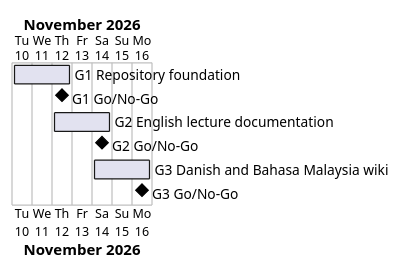
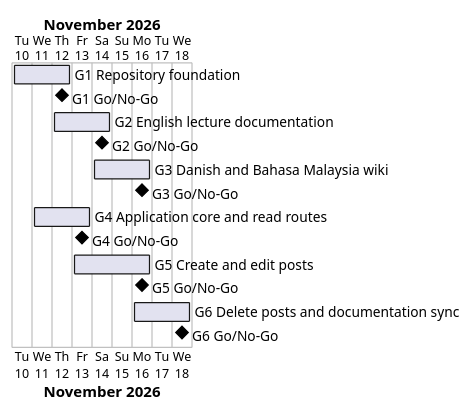
One commit to Tirsvad-Udemy-100-days-of-code/067-blog-capstone-part-3 changed the diagram in docs/project-plan.md. Above: the diagram before and after it, drawn with PlantUML. The commit also changed other lines of this file and 7 other files, not shown here.

````diff
--- a/docs/project-plan.md
+++ b/docs/project-plan.md
@@ -38,11 +41,17 @@
 ```plantuml
 @startgantt
 Project starts 2026-11-10
 [G1 Repository foundation] starts 2026-11-10 and ends 2026-11-12
 [G1 Go/No-Go] happens 2026-11-12
 [G2 English lecture documentation] starts 2026-11-12 and ends 2026-11-14
 [G2 Go/No-Go] happens 2026-11-14
 [G3 Danish and Bahasa Malaysia wiki] starts 2026-11-14 and ends 2026-11-16
 [G3 Go/No-Go] happens 2026-11-16
+[G4 Application core and read routes] starts 2026-11-11 and ends 2026-11-13
+[G4 Go/No-Go] happens 2026-11-13
+[G5 Create and edit posts] starts 2026-11-13 and ends 2026-11-16
+[G5 Go/No-Go] happens 2026-11-16
+[G6 Delete posts and documentation sync] starts 2026-11-16 and ends 2026-11-18
+[G6 Go/No-Go] happens 2026-11-18
 @endgantt
 ```
````
